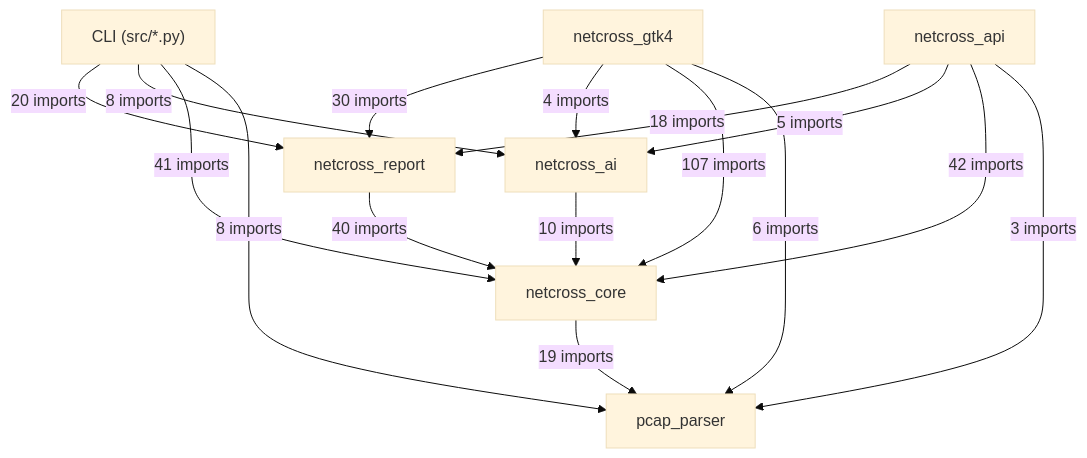
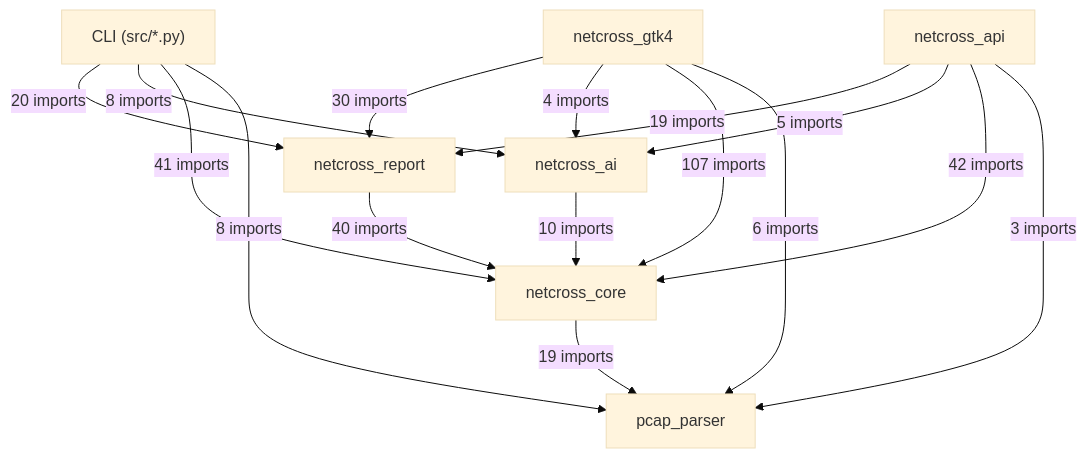
Before and after one commit to Mathide-Team/Netcross: the first of 20 diagrams in docs/class-diagram.md, drawn with Mermaid (base theme). The commit also changed other lines of this file and 9 other files, not shown here.

````diff
--- a/docs/class-diagram.md
+++ b/docs/class-diagram.md
@@ -26,25 +26,25 @@
 ```mermaid
 flowchart TD
     CLI["CLI (src/*.py)"]
     netcross_gtk4["netcross_gtk4"]
     netcross_api["netcross_api"]
     netcross_report["netcross_report"]
     netcross_ai["netcross_ai"]
     netcross_core["netcross_core"]
     pcap_parser["pcap_parser"]
     CLI -->|"20 imports"| netcross_report
     CLI -->|"8 imports"| netcross_ai
     CLI -->|"41 imports"| netcross_core
     CLI -->|"8 imports"| pcap_parser
     netcross_gtk4 -->|"30 imports"| netcross_report
     netcross_gtk4 -->|"4 imports"| netcross_ai
     netcross_gtk4 -->|"107 imports"| netcross_core
     netcross_gtk4 -->|"6 imports"| pcap_parser
-    netcross_api -->|"18 imports"| netcross_report
+    netcross_api -->|"19 imports"| netcross_report
     netcross_api -->|"5 imports"| netcross_ai
     netcross_api -->|"42 imports"| netcross_core
     netcross_api -->|"3 imports"| pcap_parser
     netcross_report -->|"40 imports"| netcross_core
     netcross_ai -->|"10 imports"| netcross_core
     netcross_core -->|"19 imports"| pcap_parser
 ```
````
